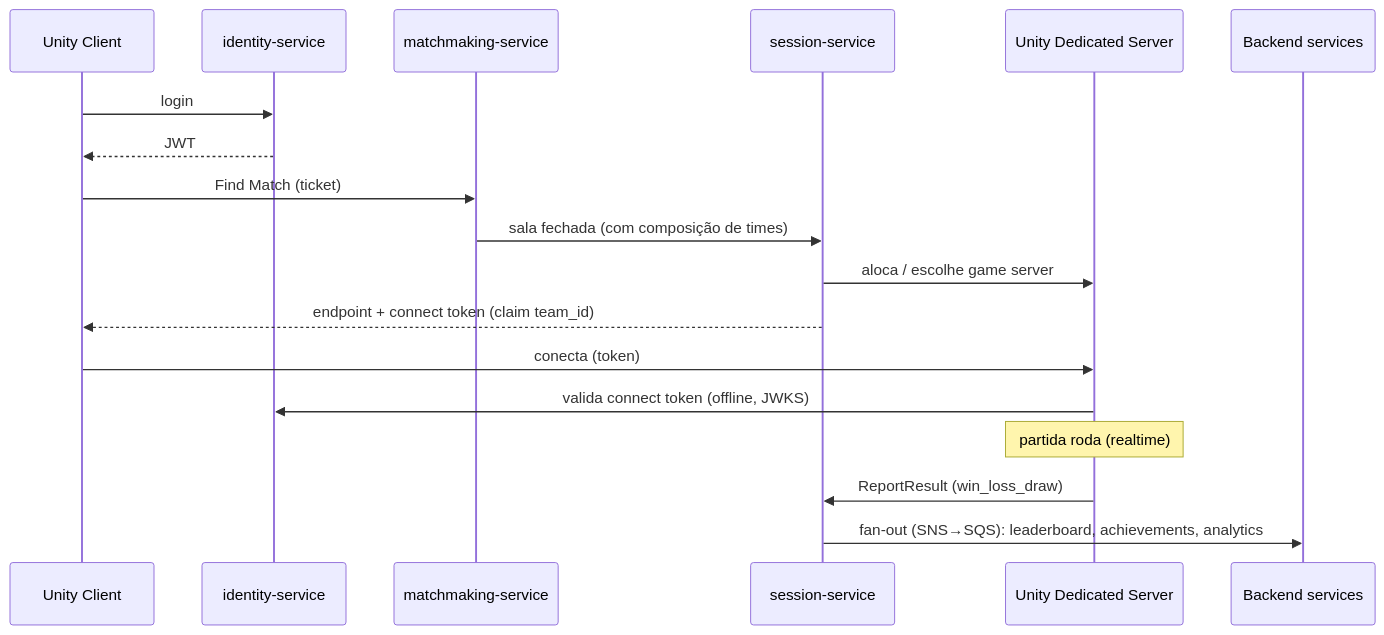
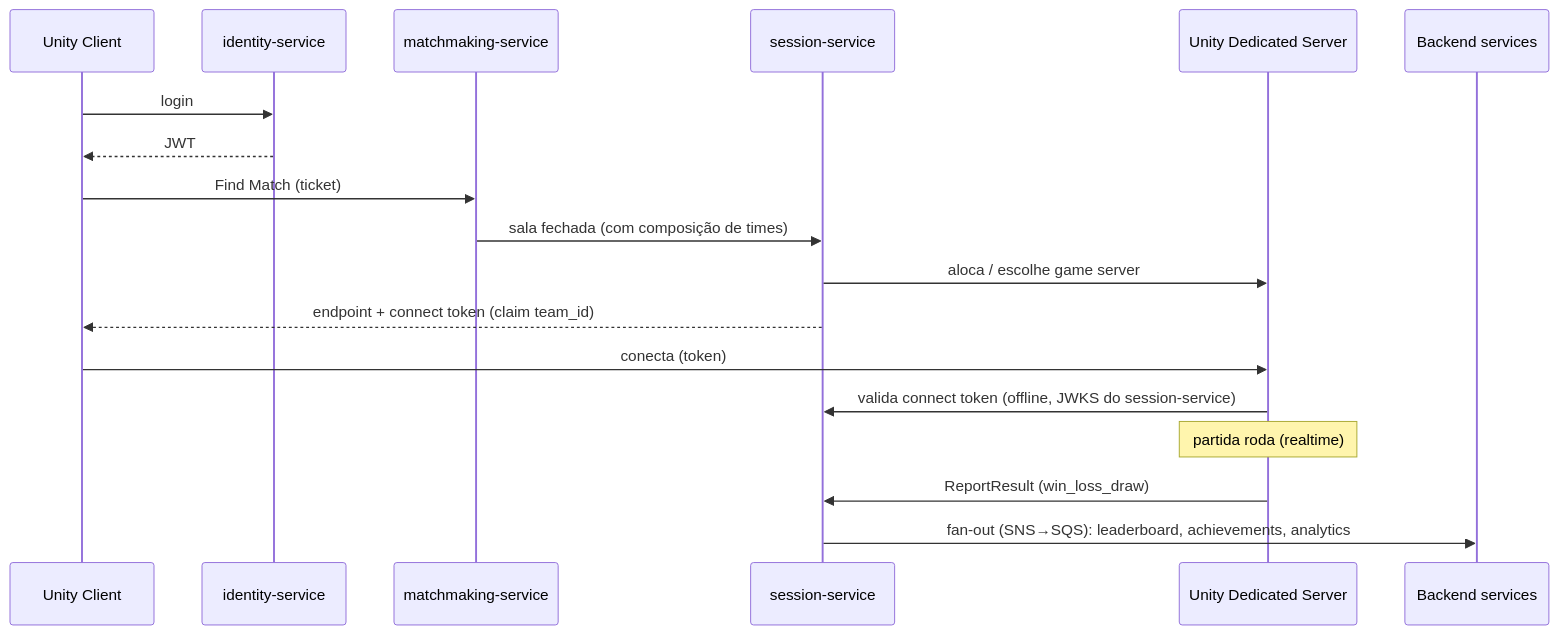
Before and after one commit to vitormartins1/go-multiplayer-control-plane: the fourth of 6 diagrams in docs/ARCHITECTURE.md, drawn with Mermaid. The commit also changed other lines of this file and 25 other files, not shown here.

````diff
--- a/docs/ARCHITECTURE.md
+++ b/docs/ARCHITECTURE.md
@@ -152,20 +156,20 @@
 ```mermaid
 sequenceDiagram
     participant C as Unity Client
     participant ID as identity-service
     participant MM as matchmaking-service
     participant SS as session-service
     participant GS as Unity Dedicated Server
     participant BE as Backend services
     C->>ID: login
     ID-->>C: JWT
     C->>MM: Find Match (ticket)
     MM->>SS: sala fechada (com composição de times)
     SS->>GS: aloca / escolhe game server
     SS-->>C: endpoint + connect token (claim team_id)
     C->>GS: conecta (token)
-    GS->>ID: valida connect token (offline, JWKS)
+    GS->>SS: valida connect token (offline, JWKS do session-service)
     Note over GS: partida roda (realtime)
     GS->>SS: ReportResult (win_loss_draw)
     SS->>BE: fan-out (SNS→SQS): leaderboard, achievements, analytics
 ```
````
